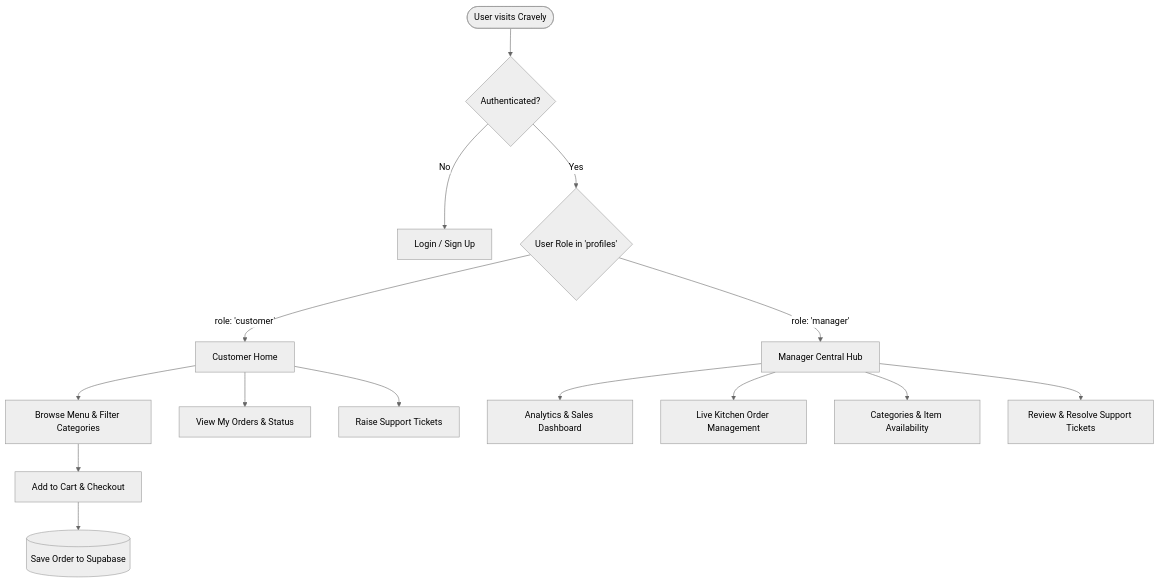
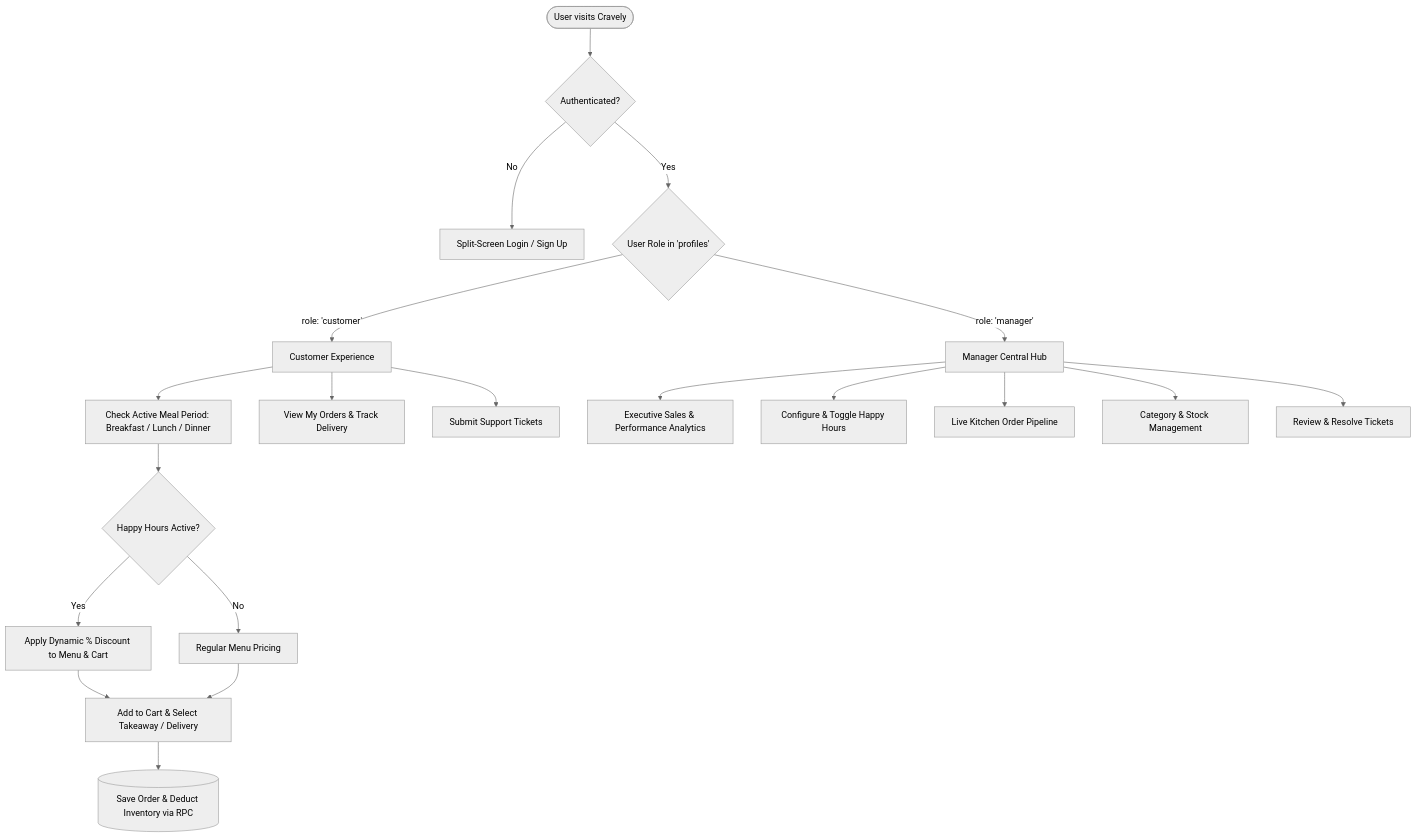
One commit to Kishanfdt/Food-Delivery-Application changed the diagram in README.md. Above: the diagram before and after it, drawn with Mermaid (neutral theme). The commit also changed other lines of this file, not shown here.

Commit message:
docs: update README with Happy Hours discount system, unified UI/UX, and upgraded login experience

````diff
--- a/README.md
+++ b/README.md
@@ -43,19 +78,24 @@
 ```mermaid
 flowchart TD
     User([User visits Cravely]) --> Auth{Authenticated?}
-    Auth -- No --> Login[Login / Sign Up]
+    Auth -- No --> Login[Split-Screen Login / Sign Up]
     Auth -- Yes --> RoleCheck{User Role in 'profiles'}
     
-    RoleCheck -- role: 'customer' --> CustHome[Customer Home]
-    CustHome --> Browse[Browse Menu & Filter Categories]
-    Browse --> Cart[Add to Cart & Checkout]
-    Cart --> OrderPlaced[(Save Order to Supabase)]
-    CustHome --> MyOrders[View My Orders & Status]
-    CustHome --> CustTickets[Raise Support Tickets]
+    RoleCheck -- role: 'customer' --> CustHome[Customer Experience]
+    CustHome --> MealTime[Check Active Meal Period: Breakfast / Lunch / Dinner]
+    MealTime --> HappyHourCheck{Happy Hours Active?}
+    HappyHourCheck -- Yes --> HHDiscount[Apply Dynamic % Discount to Menu & Cart]
+    HappyHourCheck -- No --> RegularMenu[Regular Menu Pricing]
+    HHDiscount --> Cart[Add to Cart & Select Takeaway / Delivery]
+    RegularMenu --> Cart
+    Cart --> OrderPlaced[(Save Order & Deduct Inventory via RPC)]
+    CustHome --> MyOrders[View My Orders & Track Delivery]
+    CustHome --> CustTickets[Submit Support Tickets]
 
     RoleCheck -- role: 'manager' --> MgrHome[Manager Central Hub]
-    MgrHome --> Dashboard[Analytics & Sales Dashboard]
-    MgrHome --> OrdersMgr[Live Kitchen Order Management]
-    MgrHome --> CatMgr[Categories & Item Availability]
-    MgrHome --> TicketMgr[Review & Resolve Support Tickets]
+    MgrHome --> Dashboard[Executive Sales & Performance Analytics]
+    MgrHome --> HHModal[Configure & Toggle Happy Hours]
+    MgrHome --> OrdersMgr[Live Kitchen Order Pipeline]
+    MgrHome --> CatMgr[Category & Stock Management]
+    MgrHome --> TicketMgr[Review & Resolve Tickets]
 ```
````
